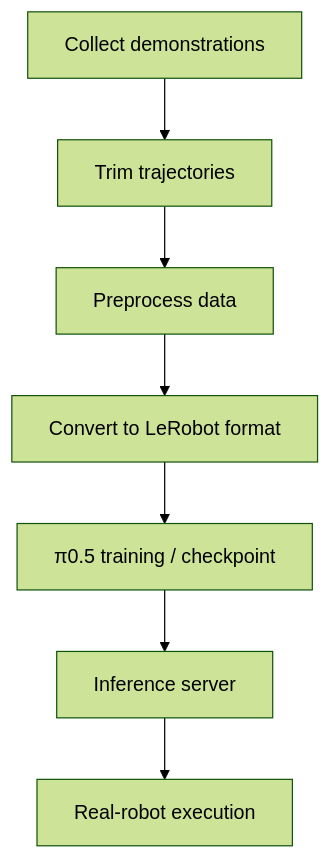
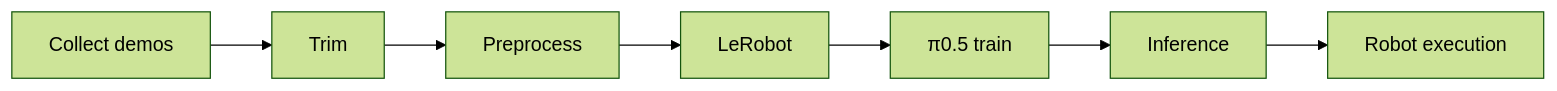
The second of 2 diagrams in README.md (KLochan/pi0.5-xArm7-handwash-pick), drawn with Mermaid (forest theme) before and after one commit.

Commit message:
Compact dataset workflow diagram

````diff
--- a/README.md
+++ b/README.md
@@ -83,9 +83,9 @@
 ```mermaid
-flowchart TD
-    A[Collect demonstrations] --> B[Trim trajectories]
-    B --> C[Preprocess data]
-    C --> D[Convert to LeRobot format]
-    D --> E[π0.5 training / checkpoint]
-    E --> F[Inference server]
-    F --> G[Real-robot execution]
+flowchart LR
+    A[Collect demos] --> B[Trim]
+    B --> C[Preprocess]
+    C --> D[LeRobot]
+    D --> E[π0.5 train]
+    E --> F[Inference]
+    F --> G[Robot execution]
 ```
````
